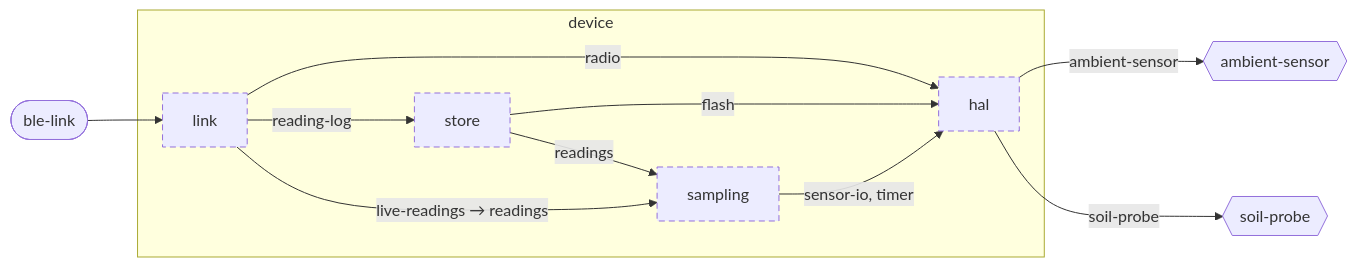
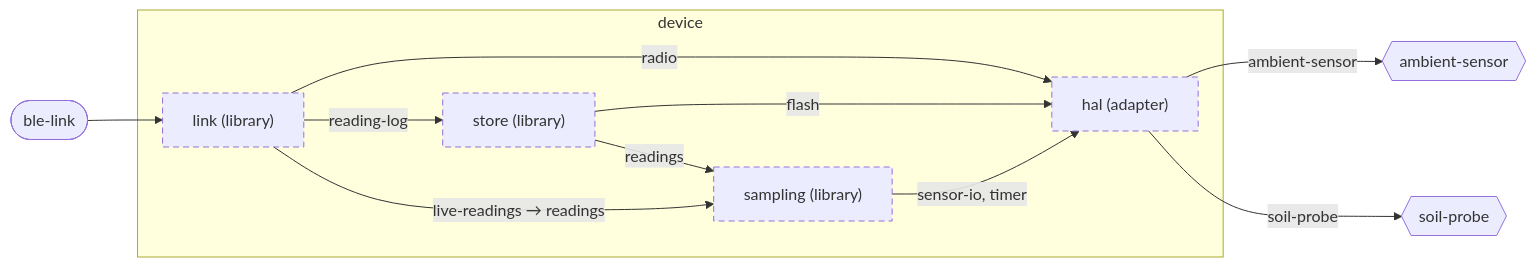
The diagram in examples/plantwatch/device/docs/diagrams/component.md (wackazong/unifold), drawn with Mermaid before and after one commit. The commit also changed other lines of this file and 339 other files, not shown here.

````diff
--- a/examples/plantwatch/device/docs/diagrams/component.md
+++ b/examples/plantwatch/device/docs/diagrams/component.md
@@ -8,26 +8,26 @@
 ```mermaid
 flowchart LR
   subgraph u_device["device"]
-    u_device__hal["hal"]
-    u_device__link["link"]
-    u_device__sampling["sampling"]
-    u_device__store["store"]
+    u_device__hal["hal (adapter)"]
+    u_device__link["link (library)"]
+    u_device__sampling["sampling (library)"]
+    u_device__store["store (library)"]
   end
   n_device___ambient_dsensor{{"ambient-sensor"}}
   n_device___soil_dprobe{{"soil-probe"}}
   p_device___ble_dlink(["ble-link"])
   u_device__sampling -->|"sensor-io, timer"| u_device__hal
   u_device__store -->|"flash"| u_device__hal
   u_device__store -->|"readings"| u_device__sampling
   u_device__link -->|"radio"| u_device__hal
   u_device__link -->|"reading-log"| u_device__store
   u_device__link -->|"live-readings → readings"| u_device__sampling
   u_device__hal -->|"ambient-sensor"| n_device___ambient_dsensor
   u_device__hal -->|"soil-probe"| n_device___soil_dprobe
   p_device___ble_dlink --> u_device__link
   classDef focus stroke-width:4px
   classDef planned stroke-dasharray:6 4
   classDef deprecated stroke-dasharray:2 2,opacity:0.6
   classDef plain stroke-dasharray:2 3
   class u_device__hal,u_device__link,u_device__sampling,u_device__store planned
 ```
````
